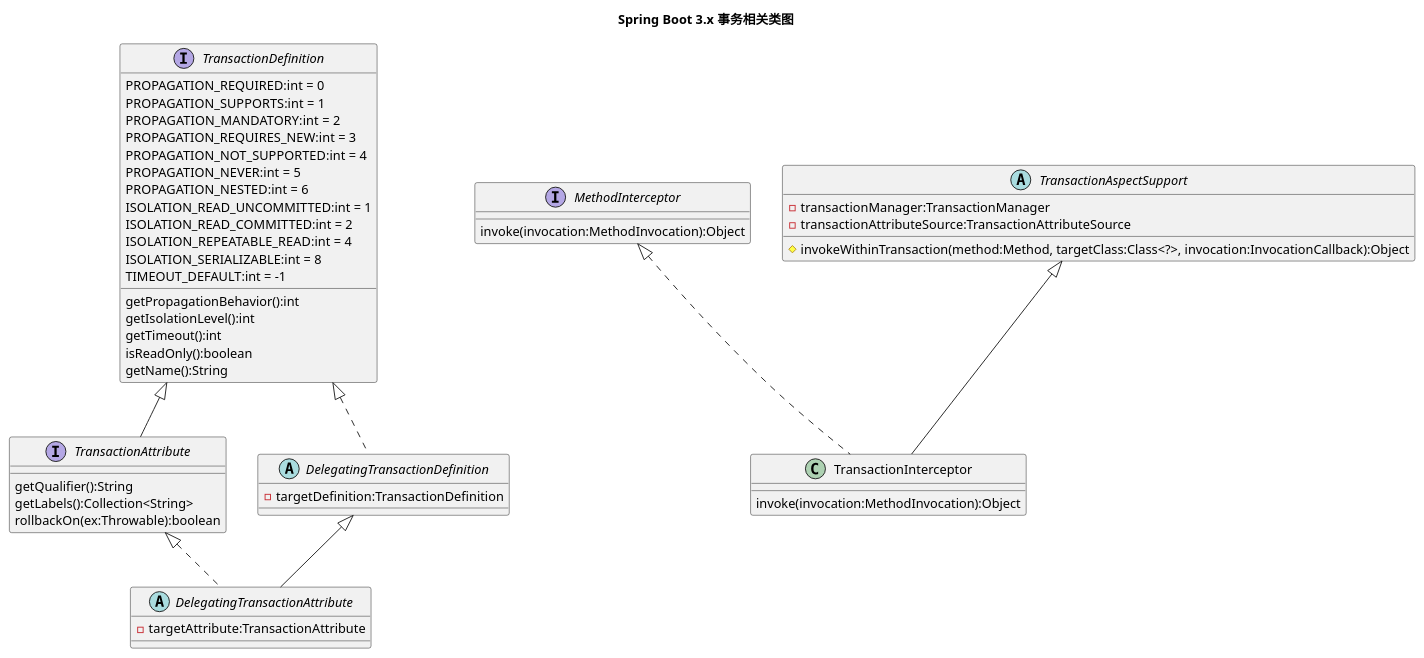
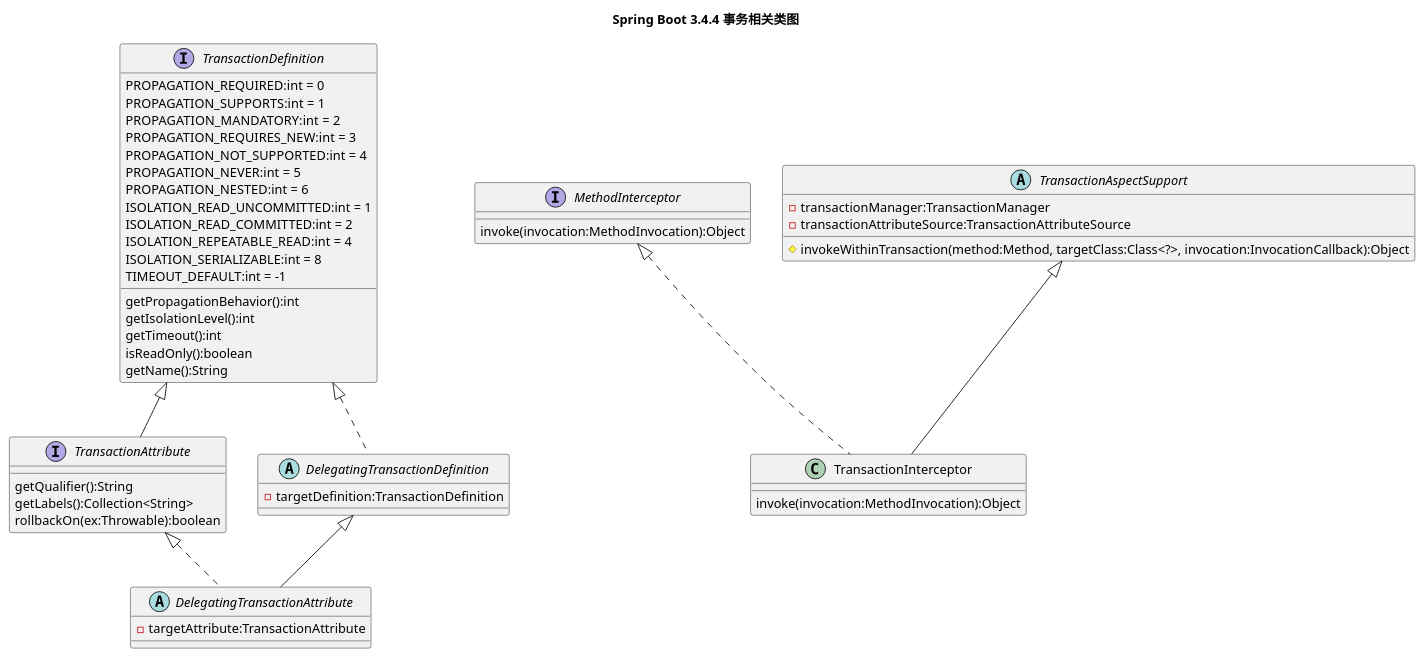
Before and after one commit to maiaimei/example: the diagram in spring-uml/Spring Boot 3.4.4 事务类图.puml, drawn with PlantUML. The commit also changed 2 other files, not shown here.

Commit message:
feat: update spring-uml

```diff
--- a/spring-uml/Spring Boot 3.4.4 事务类图.puml
+++ b/spring-uml/Spring Boot 3.4.4 事务类图.puml
@@ -1,61 +1,63 @@
-@startuml
-title Spring Boot 3.x 事务相关类图
+@startuml Spring Boot 3.4.4 事务相关类图
+
 'https://plantuml.com/class-diagram
 'https://plantuml.com/zh/class-diagram
+
+title Spring Boot 3.4.4 事务相关类图
 
 interface TransactionDefinition{
 PROPAGATION_REQUIRED:int = 0
 PROPAGATION_SUPPORTS:int = 1
 PROPAGATION_MANDATORY:int = 2
 PROPAGATION_REQUIRES_NEW:int = 3
 PROPAGATION_NOT_SUPPORTED:int = 4
 PROPAGATION_NEVER:int = 5
 PROPAGATION_NESTED:int = 6
 ISOLATION_READ_UNCOMMITTED:int = 1
 ISOLATION_READ_COMMITTED:int = 2
 ISOLATION_REPEATABLE_READ:int = 4
 ISOLATION_SERIALIZABLE:int = 8
 TIMEOUT_DEFAULT:int = -1
 getPropagationBehavior():int
 getIsolationLevel():int
 getTimeout():int
 isReadOnly():boolean
 getName():String
 }
 
 interface TransactionAttribute{
 getQualifier():String
 getLabels():Collection<String>
 rollbackOn(ex:Throwable):boolean
 }
 
 abstract class DelegatingTransactionDefinition{
 - targetDefinition:TransactionDefinition
 }
 
 abstract class DelegatingTransactionAttribute {
 - targetAttribute:TransactionAttribute
 }
 
 interface MethodInterceptor{
 invoke(invocation:MethodInvocation):Object
 }
 
 abstract class TransactionAspectSupport{
 - transactionManager:TransactionManager
 - transactionAttributeSource:TransactionAttributeSource
 # invokeWithinTransaction(method:Method, targetClass:Class<?>, invocation:InvocationCallback):Object
 }
 
 class TransactionInterceptor{
 invoke(invocation:MethodInvocation):Object
 }
 
 TransactionDefinition <|-- TransactionAttribute
 TransactionDefinition <|.. DelegatingTransactionDefinition
 TransactionAttribute <|.. DelegatingTransactionAttribute
 DelegatingTransactionDefinition <|-- DelegatingTransactionAttribute
 MethodInterceptor <|.. TransactionInterceptor
 TransactionAspectSupport <|-- TransactionInterceptor
 
 @enduml
```
